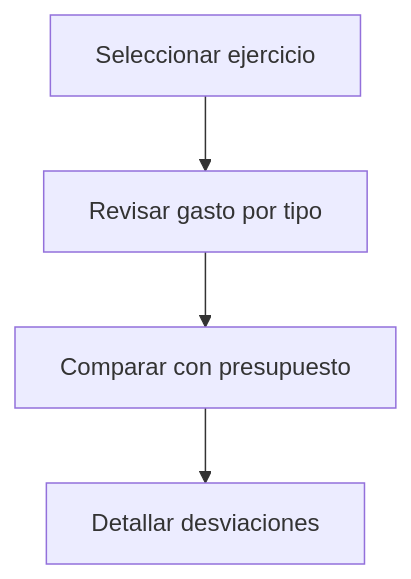
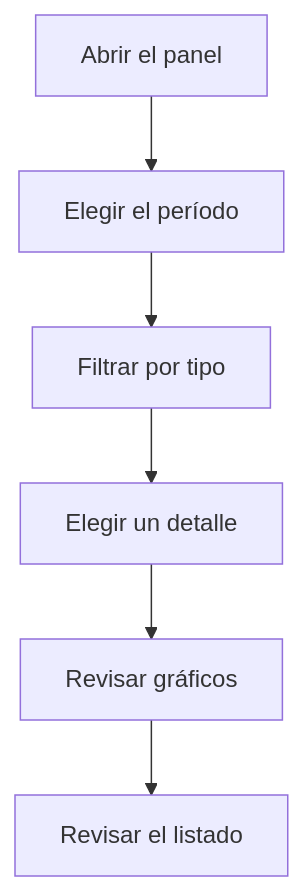
Before and after one commit to MGurtD/lilith: the diagram in frontend/src/help/es/purchase/expense/dashboard.md, drawn with Mermaid. The commit also changed other lines of this file and 331 other files, not shown here.

````diff
--- a/frontend/src/help/es/purchase/expense/dashboard.md
+++ b/frontend/src/help/es/purchase/expense/dashboard.md
@@ -33,6 +43,8 @@
 ```mermaid
 flowchart TD
-    A[Seleccionar ejercicio] --> B[Revisar gasto por tipo]
-    B --> C[Comparar con presupuesto]
-    C --> D[Detallar desviaciones]
+    A[Abrir el panel] --> B[Elegir el período]
+    B --> C[Filtrar por tipo]
+    C --> D[Elegir un detalle]
+    D --> E[Revisar gráficos]
+    E --> F[Revisar el listado]
 ```
````
